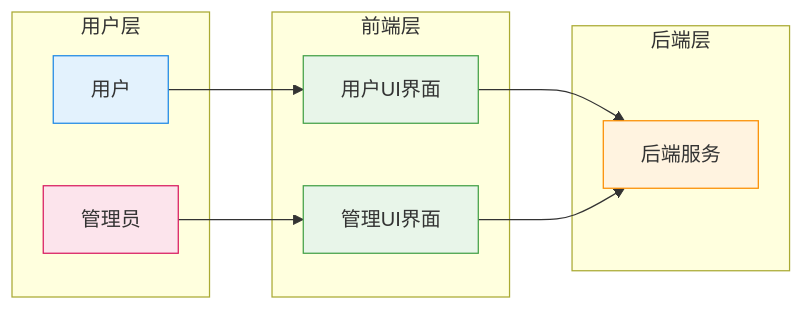
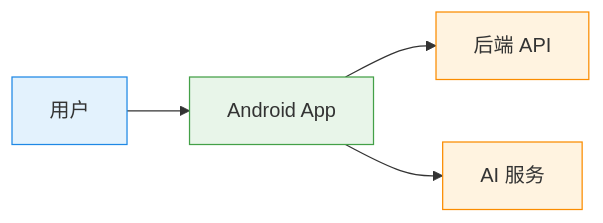
One commit to yu086868-ui/iStudySpot changed the first of 6 diagrams in frontend/Android/docs/architecture.md. Above: the diagram before and after it, drawn with Mermaid. The commit also changed other lines of this file and 25 other files, not shown here.

````diff
--- a/frontend/Android/docs/architecture.md
+++ b/frontend/Android/docs/architecture.md
@@ -100,32 +63,10 @@
 ```mermaid
 flowchart LR
+    classDef user fill:#E3F2FD,stroke:#1E88E5;
+    classDef frontend fill:#E8F5E9,stroke:#43A047;
+    classDef backend fill:#FFF3E0,stroke:#FB8C00;
 
-classDef user fill:#E3F2FD,stroke:#1E88E5;
-classDef admin fill:#FCE4EC,stroke:#D81B60;
-classDef frontend fill:#E8F5E9,stroke:#43A047;
-classDef backend fill:#FFF3E0,stroke:#FB8C00;
-
-subgraph 用户层
-U2[用户]
-A2[管理员]
-end
-
-subgraph 前端层
-U1[用户UI界面]
-A1[管理UI界面]
-end
-
-subgraph 后端层
-B1[后端服务]
-end
-
-U2 --> U1
-A2 --> A1
-U1 --> B1
-A1 --> B1
-
-class U2 user
-class A2 admin
-class U1,A1 frontend
-class B1 backend
+    U[用户]:::user --> App[Android App]:::frontend
+    App --> API[后端 API]:::backend
+    App --> AI[AI 服务]:::backend
 ```
````
